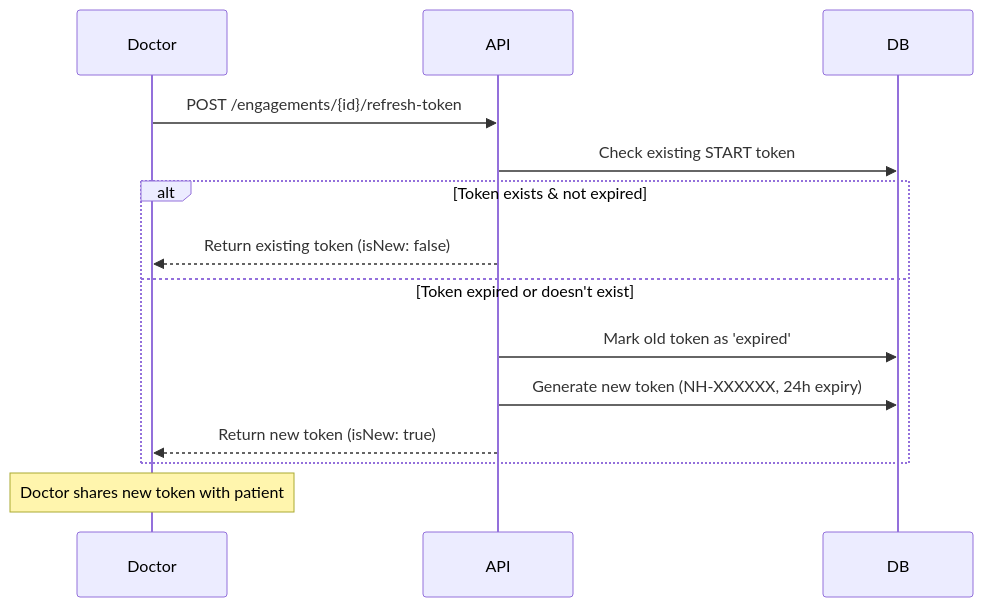
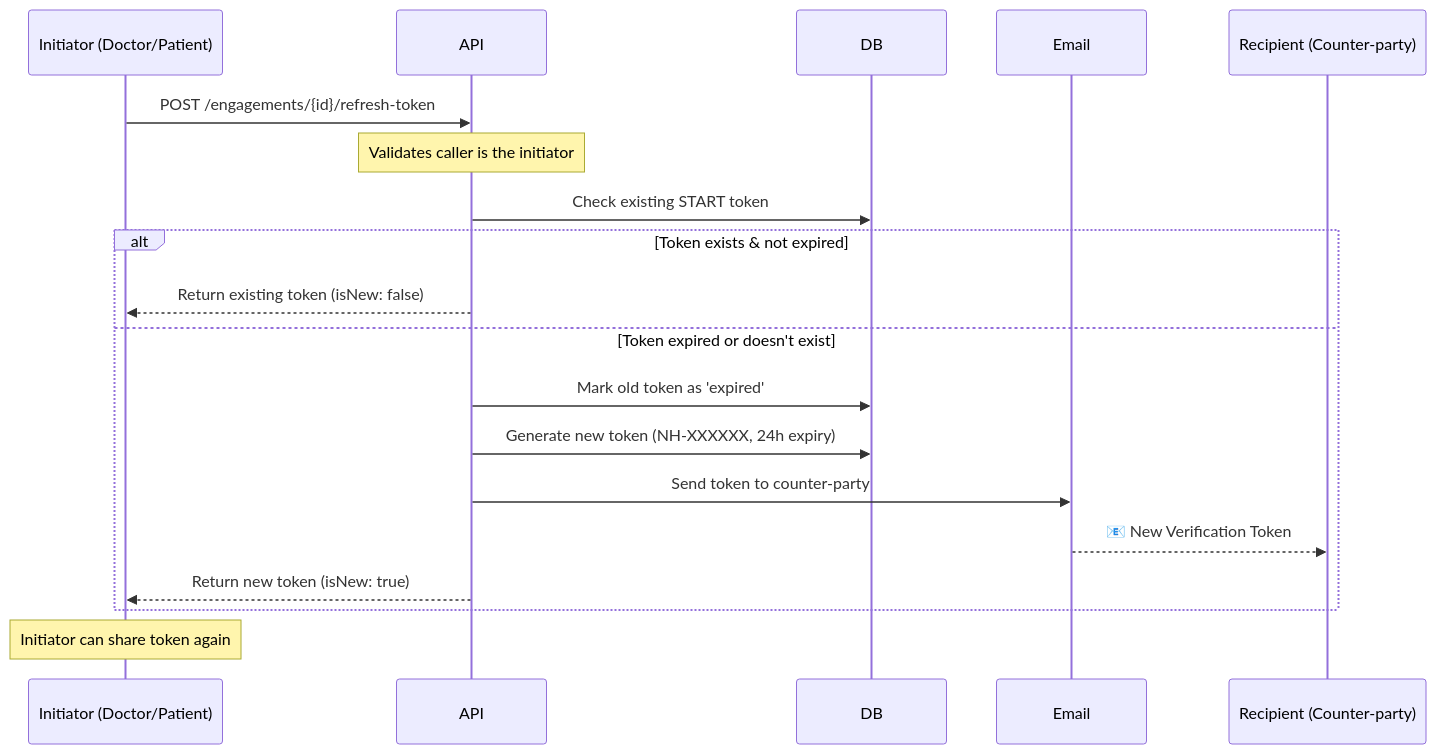
Before and after one commit to Abdallah-A-Raafat/Nuralhealer: the fifth of 5 diagrams in backend/backend/docs/api/ENGAGEMENT_LOGIC.md, drawn with Mermaid. The commit also changed other lines of this file and 53 other files, not shown here.

````diff
--- a/backend/backend/docs/api/ENGAGEMENT_LOGIC.md
+++ b/backend/backend/docs/api/ENGAGEMENT_LOGIC.md
@@ -213,18 +279,23 @@
 ```mermaid
 sequenceDiagram
-    participant D as Doctor
+    participant I as Initiator (Doctor/Patient)
     participant API
     participant DB
+    participant Email
+    participant R as Recipient (Counter-party)
 
-    D->>API: POST /engagements/{id}/refresh-token
+    I->>API: POST /engagements/{id}/refresh-token
+    Note over API: Validates caller is the initiator
     API->>DB: Check existing START token
     alt Token exists & not expired
-        API-->>D: Return existing token (isNew: false)
+        API-->>I: Return existing token (isNew: false)
     else Token expired or doesn't exist
         API->>DB: Mark old token as 'expired'
         API->>DB: Generate new token (NH-XXXXXX, 24h expiry)
-        API-->>D: Return new token (isNew: true)
+        API->>Email: Send token to counter-party
+        Email-->>R: 📧 New Verification Token
+        API-->>I: Return new token (isNew: true)
     end
     
-    Note over D: Doctor shares new token with patient
+    Note over I: Initiator can share token again
 ```
````
